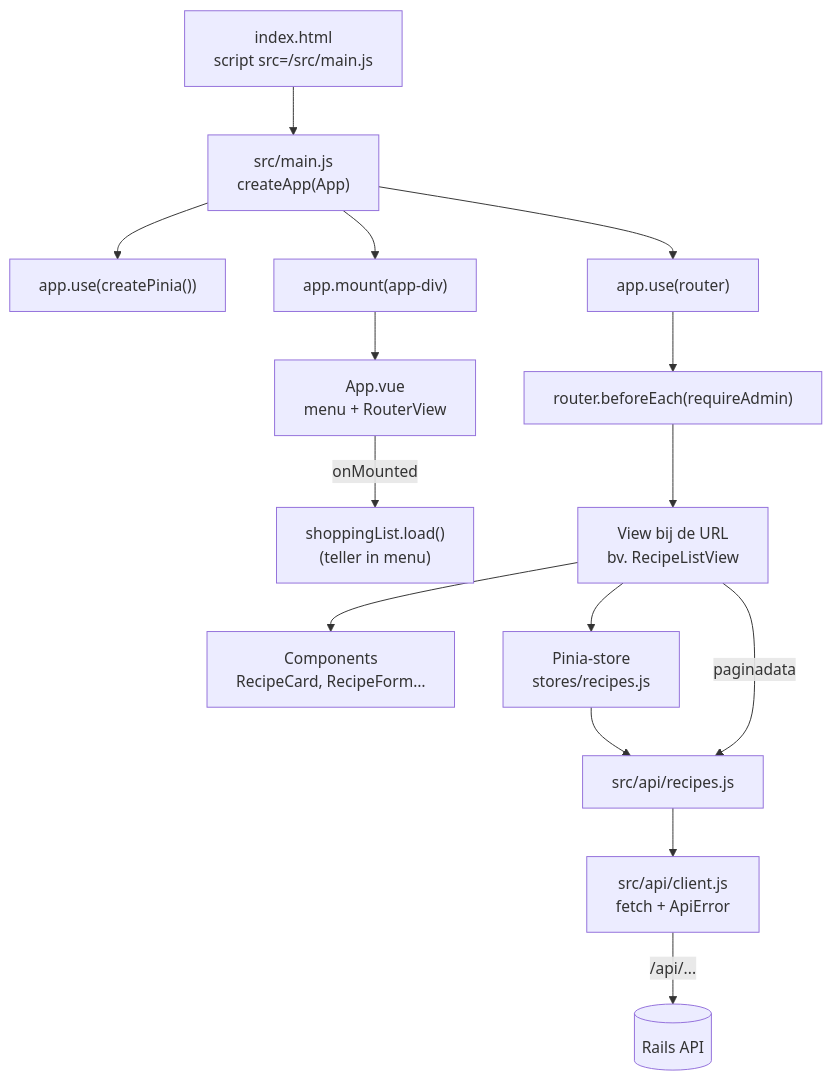
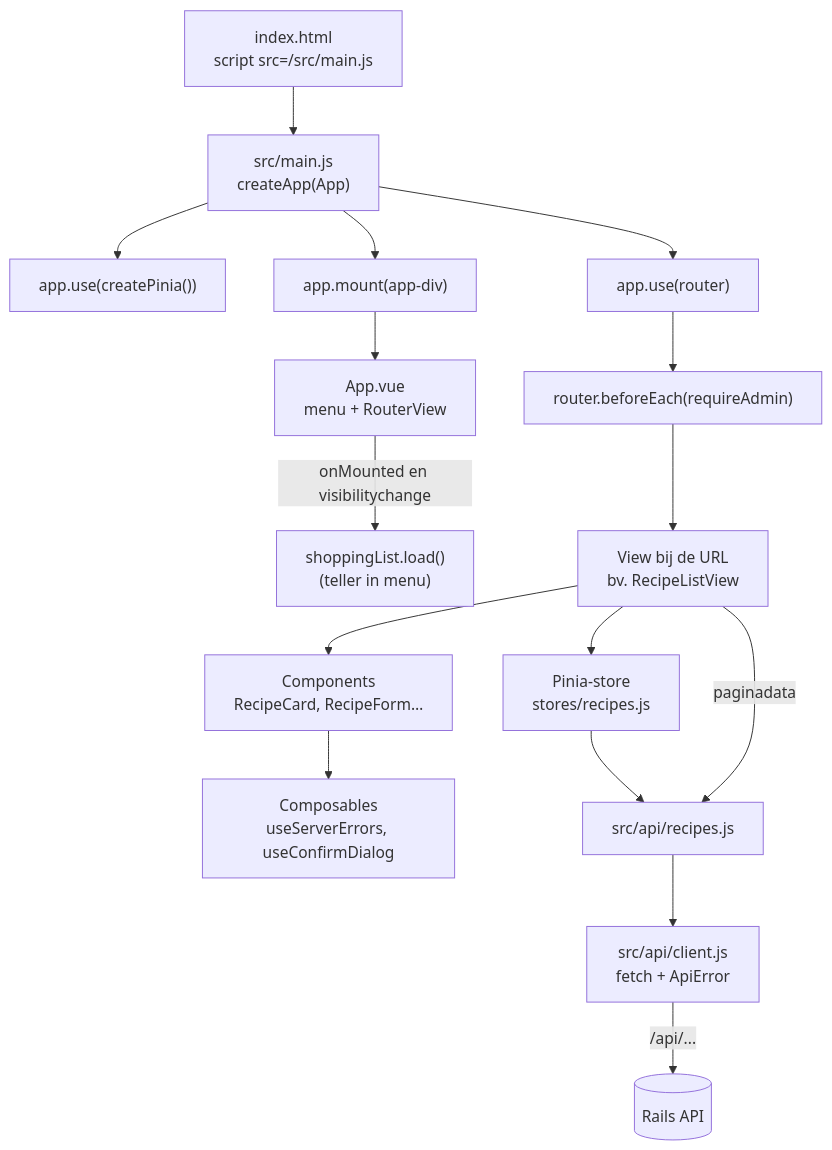
The fourth of 7 diagrams in docs/code_overzicht.md (lobkest/receptenapp), drawn with Mermaid before and after one commit. The commit also changed other lines of this file and 1 other file, not shown here.

````diff
--- a/docs/code_overzicht.md
+++ b/docs/code_overzicht.md
@@ -241,17 +271,18 @@
 ```mermaid
 flowchart TD
   H["index.html<br/>script src=/src/main.js"] --> M["src/main.js<br/>createApp(App)"]
   M --> P["app.use(createPinia())"]
   M --> RT["app.use(router)"]
   M --> MT["app.mount(app-div)"]
   MT --> APP["App.vue<br/>menu + RouterView"]
-  APP -->|onMounted| SL["shoppingList.load()<br/>(teller in menu)"]
+  APP -->|"onMounted en visibilitychange"| SL["shoppingList.load()<br/>(teller in menu)"]
   RT --> G["router.beforeEach(requireAdmin)"]
   G --> V["View bij de URL<br/>bv. RecipeListView"]
   V --> CO["Components<br/>RecipeCard, RecipeForm…"]
+  CO --> CP["Composables<br/>useServerErrors, useConfirmDialog"]
   V --> S["Pinia-store<br/>stores/recipes.js"]
   S --> A["src/api/recipes.js"]
   V -->|"paginadata"| A
   A --> CL["src/api/client.js<br/>fetch + ApiError"]
   CL -->|"/api/..."| RAILS[(Rails API)]
 ```
````
